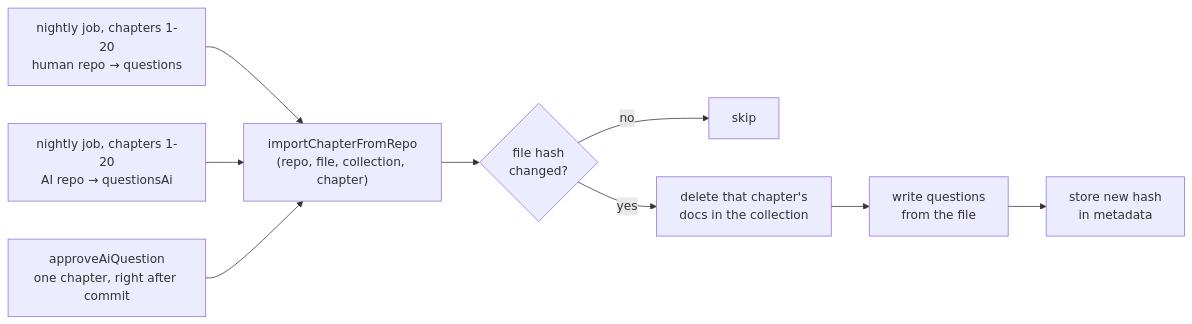
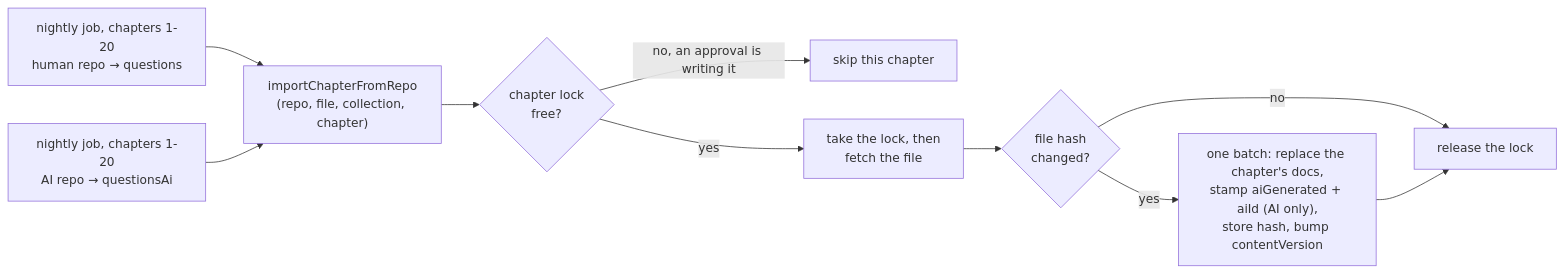
One commit to alexmcdermid/real-estate-quest changed the fourth of 5 diagrams in docs/ai-question-flow.md. Above: the diagram before and after it, drawn with Mermaid. The commit also changed other lines of this file, not shown here.

First line of the commit message:
docs: address review of the AI question plan

````diff
--- a/docs/ai-question-flow.md
+++ b/docs/ai-question-flow.md
@@ -127,11 +136,12 @@
 ```mermaid
 flowchart LR
   J1["nightly job, chapters 1-20<br/>human repo → questions"] --> IMP
   J2["nightly job, chapters 1-20<br/>AI repo → questionsAi"] --> IMP
-  APR["approveAiQuestion<br/>one chapter, right after commit"] --> IMP
-  IMP["importChapterFromRepo<br/>(repo, file, collection, chapter)"] --> B{"file hash<br/>changed?"}
-  B -- no --> SKIP["skip"]
-  B -- yes --> C["delete that chapter's<br/>docs in the collection"]
-  C --> D["write questions<br/>from the file"]
-  D --> E["store new hash<br/>in metadata"]
+  IMP["importChapterFromRepo<br/>(repo, file, collection, chapter)"] --> L{"chapter lock<br/>free?"}
+  L -- "no, an approval is writing it" --> SKIP["skip this chapter"]
+  L -- yes --> A["take the lock, then<br/>fetch the file"]
+  A --> B{"file hash<br/>changed?"}
+  B -- no --> REL["release the lock"]
+  B -- yes --> C["one batch: replace the chapter's docs,<br/>stamp aiGenerated + aiId (AI only),<br/>store hash, bump contentVersion"]
+  C --> REL
 ```
````
